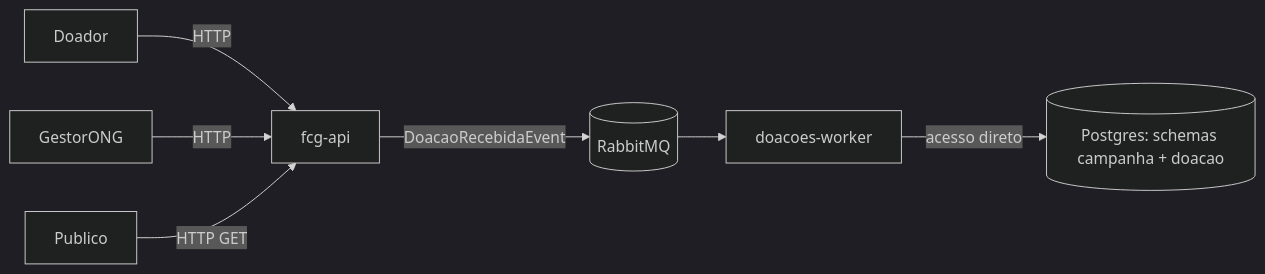
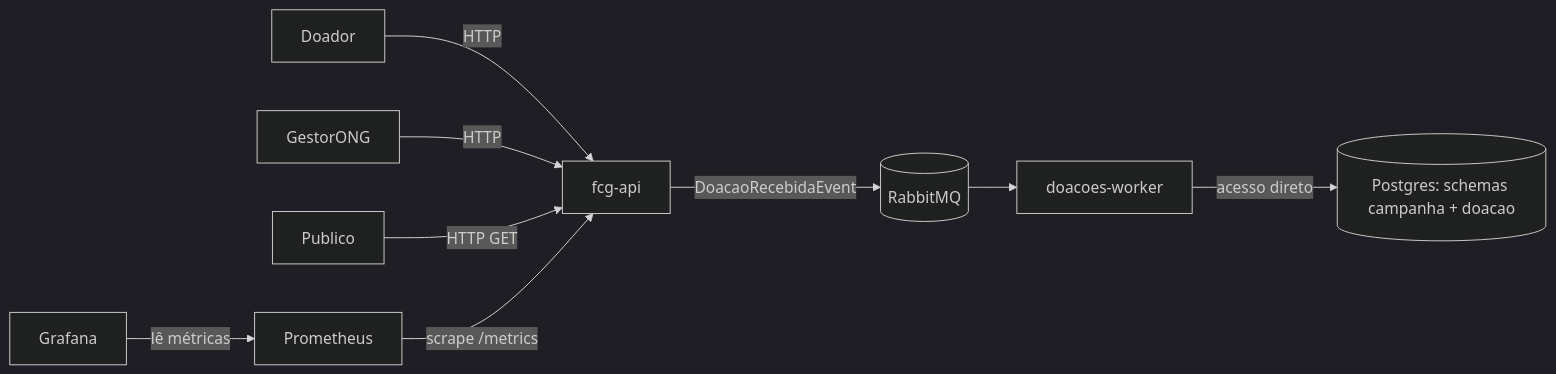
Before and after one commit to 11NETTG30/FIAP-Conexao-Solidaria: the diagram in docs/conexao-solidaria/ARQUITETURA.md, drawn with Mermaid (dark theme). The commit also changed 3 other files, not shown here.

First line of the commit message:
docs(d6): adiciona Prometheus/Grafana ao diagrama e exporta pra entrega

````diff
--- a/docs/conexao-solidaria/ARQUITETURA.md
+++ b/docs/conexao-solidaria/ARQUITETURA.md
@@ -50,9 +50,11 @@
 ```mermaid
 flowchart LR
   Doador -->|HTTP| fcg-api
   GestorONG -->|HTTP| fcg-api
   Publico -->|HTTP GET| fcg-api
   fcg-api -->|DoacaoRecebidaEvent| Fila[(RabbitMQ)]
   Fila --> doacoes-worker
   doacoes-worker -->|acesso direto| DB[(Postgres: schemas campanha + doacao)]
+  Prometheus -->|scrape /metrics| fcg-api
+  Grafana -->|lê métricas| Prometheus
 ```
````
